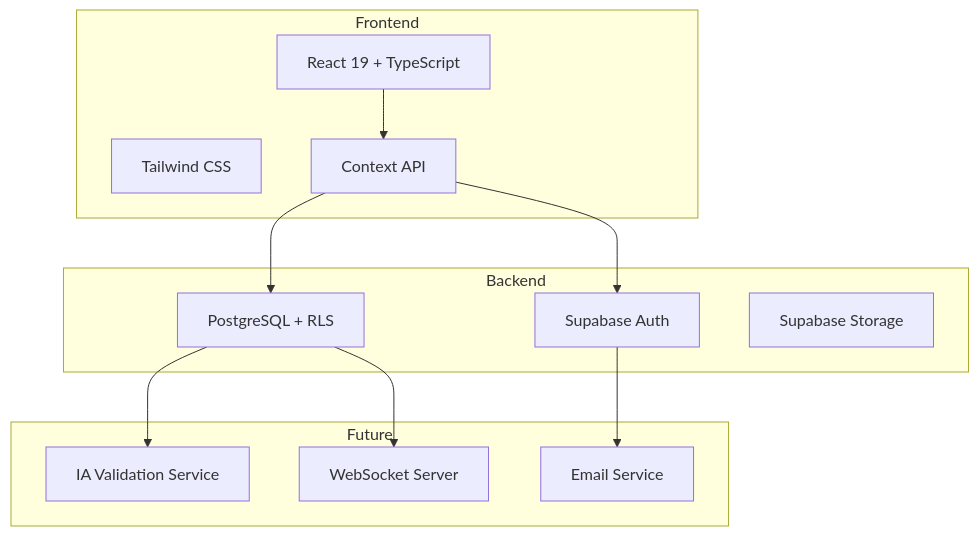
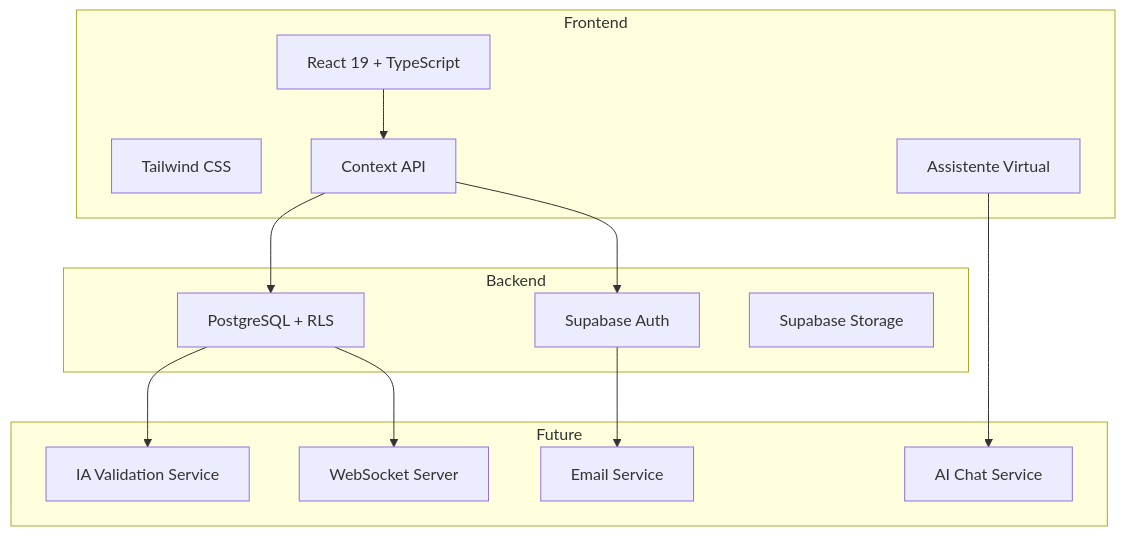
The diagram in README.md (wendel211/sesi-hackathon), drawn with Mermaid before and after one commit. The commit also changed other lines of this file, not shown here.

Commit message:
docs: add information regarding the chat assistant architecture.

````diff
--- a/README.md
+++ b/README.md
@@ -191,27 +217,30 @@
 ```mermaid
 graph TB
     subgraph Frontend
         A[React 19 + TypeScript]
         B[Tailwind CSS]
         C[Context API]
+        D[Assistente Virtual]
     end
     
     subgraph Backend
-        D[Supabase Auth]
-        E[PostgreSQL + RLS]
-        F[Supabase Storage]
+        E[Supabase Auth]
+        F[PostgreSQL + RLS]
+        G[Supabase Storage]
     end
     
     subgraph Future
-        G[IA Validation Service]
-        H[WebSocket Server]
-        I[Email Service]
+        H[IA Validation Service]
+        I[WebSocket Server]
+        J[Email Service]
+        K[AI Chat Service]
     end
     
     A --> C
-    C --> D
     C --> E
-    E --> G
-    E --> H
-    D --> I
+    C --> F
+    D --> K
+    F --> H
+    F --> I
+    E --> J
 ```
````
